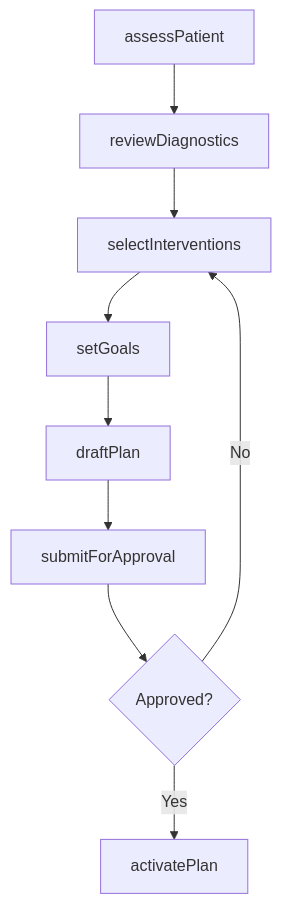
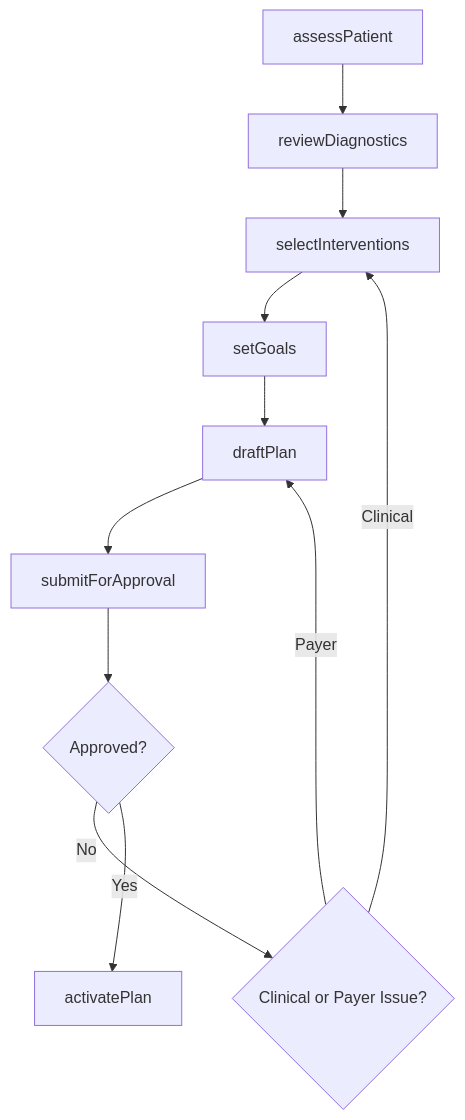
Before and after one commit to dot-org-ai/tasks.org.ai: the third of 4 diagrams in ThinkingCreatively/DevelopPatientOrClientCareOrTreatmentPlans/DevelopTreatmentPlansPatientsClients.mdx, drawn with Mermaid. The commit also changed other lines of this file and 504 other files, not shown here.

First line of the commit message:
feat: Add ER diagrams, state diagrams, and workflow improvements to 96 DWA task files

````diff
--- a/ThinkingCreatively/DevelopPatientOrClientCareOrTreatmentPlans/DevelopTreatmentPlansPatientsClients.mdx
+++ b/ThinkingCreatively/DevelopPatientOrClientCareOrTreatmentPlans/DevelopTreatmentPlansPatientsClients.mdx
@@ -87,11 +116,13 @@
 ```mermaid
 graph TD
     A[assessPatient] --> B[reviewDiagnostics]
     B --> C[selectInterventions]
     C --> D[setGoals]
     D --> E[draftPlan]
     E --> F[submitForApproval]
     F --> G{Approved?}
-    G -->|Yes| H[activatePlan]
-    G -->|No| C
+    G -->|No| H{Clinical or Payer Issue?}
+    H -->|Clinical| C
+    H -->|Payer| E
+    G -->|Yes| I[activatePlan]
 ```
````
